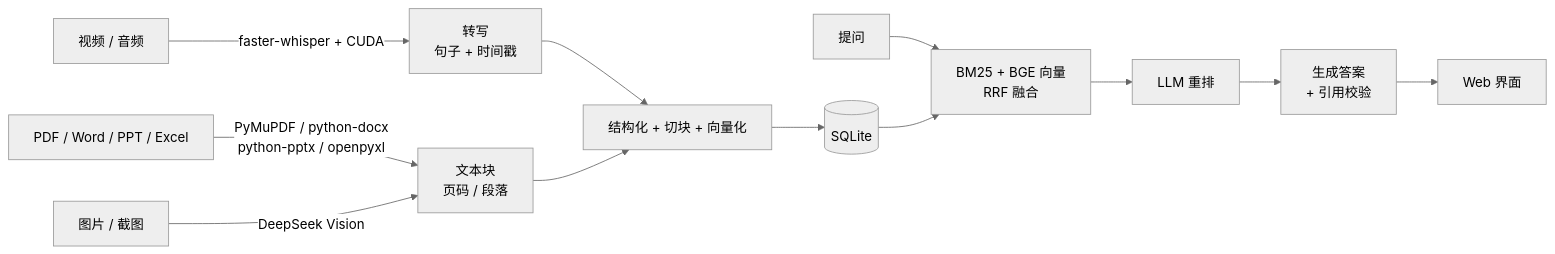
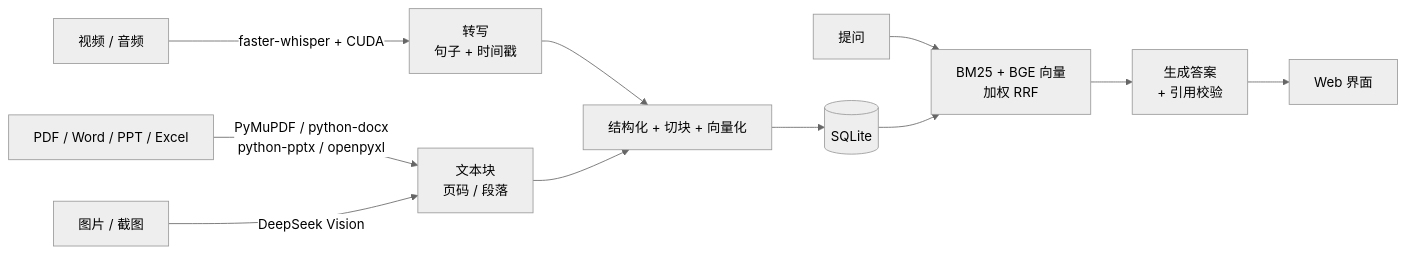
The diagram in README.md (wwf521xxl/-KnowRAG-Sage-), drawn with Mermaid (neutral theme) before and after one commit. The commit also changed other lines of this file and 7 other files, not shown here.

First line of the commit message:
feat: weighted RRF, disable LLM rerank by default (MRR 0.70->0.78, P95 6.3->5.5s)

````diff
--- a/README.md
+++ b/README.md
@@ -36,14 +57,13 @@
 ```mermaid
 flowchart LR
     A[视频 / 音频] -->|faster-whisper + CUDA| T[转写<br/>句子 + 时间戳]
     B[PDF / Word / PPT / Excel] -->|PyMuPDF / python-docx<br/>python-pptx / openpyxl| U[文本块<br/>页码 / 段落]
     C[图片 / 截图] -->|DeepSeek Vision| U
     T --> S[结构化 + 切块 + 向量化]
     U --> S
     S --> DB[(SQLite)]
-    Q[提问] --> R[BM25 + BGE 向量<br/>RRF 融合]
+    Q[提问] --> R[BM25 + BGE 向量<br/>加权 RRF]
     DB --> R
-    R --> RR[LLM 重排]
-    RR --> G[生成答案<br/>+ 引用校验]
+    R --> G[生成答案<br/>+ 引用校验]
     G --> UI[Web 界面]
 ```
````
